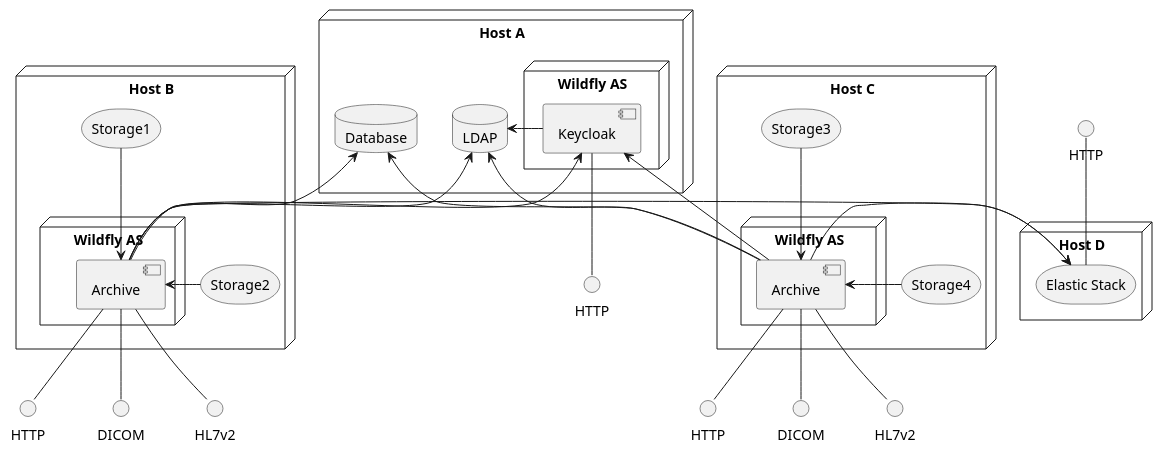
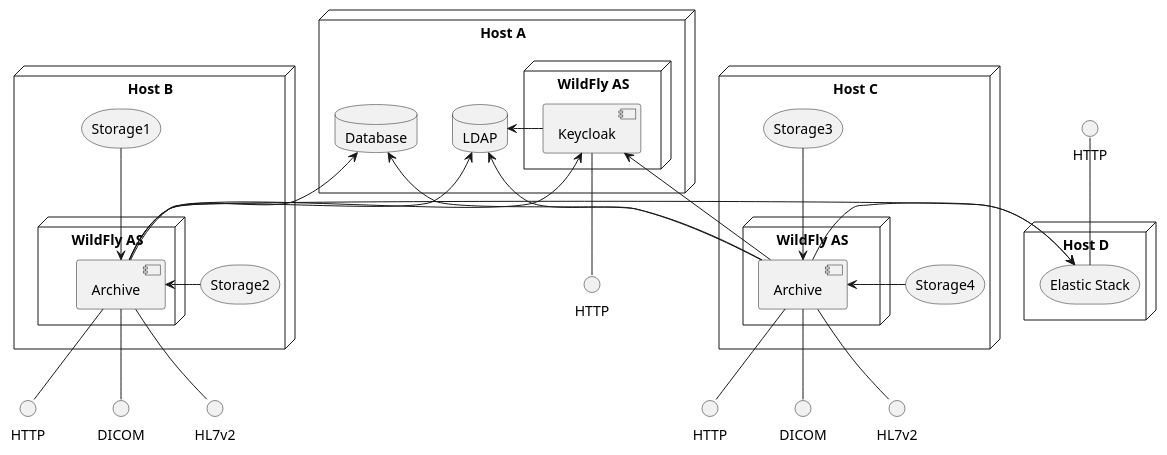
Before and after one commit to dcm4che/dcm4chee-arc-cs: the diagram in docs/networking/model/multihost-deployment.puml, drawn with PlantUML. The commit also changed 2 other files, not shown here.

Commit message:
Wildfly -> WildFly

```diff
--- a/docs/networking/model/multihost-deployment.puml
+++ b/docs/networking/model/multihost-deployment.puml
@@ -1,56 +1,56 @@
 @startuml
 skinparam componentStyle uml2
 node "Host B" {
-node "Wildfly AS" as as1 {
+node "WildFly AS" as as1 {
 [Archive] as arc1
 }
 storage Storage1
 storage Storage2
 }
 node "Host C" {
-node "Wildfly AS" as as2 {
+node "WildFly AS" as as2 {
 [Archive] as arc2
 }
 storage Storage3
 storage Storage4
 }
 node "Host A" {
-node "Wildfly AS" as as3 {
+node "WildFly AS" as as3 {
 [Keycloak] as kc
 }
 database LDAP
 database Database
 }
 node "Host D" {
 storage "Elastic Stack" as elk
 }
 () HTTP as http1
 () HTTP as http2
 () HTTP as http3
 () HTTP as http4
 () DICOM as dicom1
 () DICOM as dicom2
 () HL7v2 as hl71
 () HL7v2 as hl72
 LDAP <- kc
 kc -- http3
 http4 -- elk
 LDAP <-- arc1
 LDAP <-- arc2
 kc <-- arc1
 kc <-- arc2
 Database <- arc1
 Database <- arc2
 Storage1 --> arc1
 Storage2 -> arc1
 Storage3 --> arc2
 Storage4 -> arc2
 arc1 -> elk
 arc2 -> elk
 arc1 -- dicom1
 arc1 -- hl71
 arc1 -- http1
 arc2 -- dicom2
 arc2 -- hl72
 arc2 -- http2
 @enduml
```
